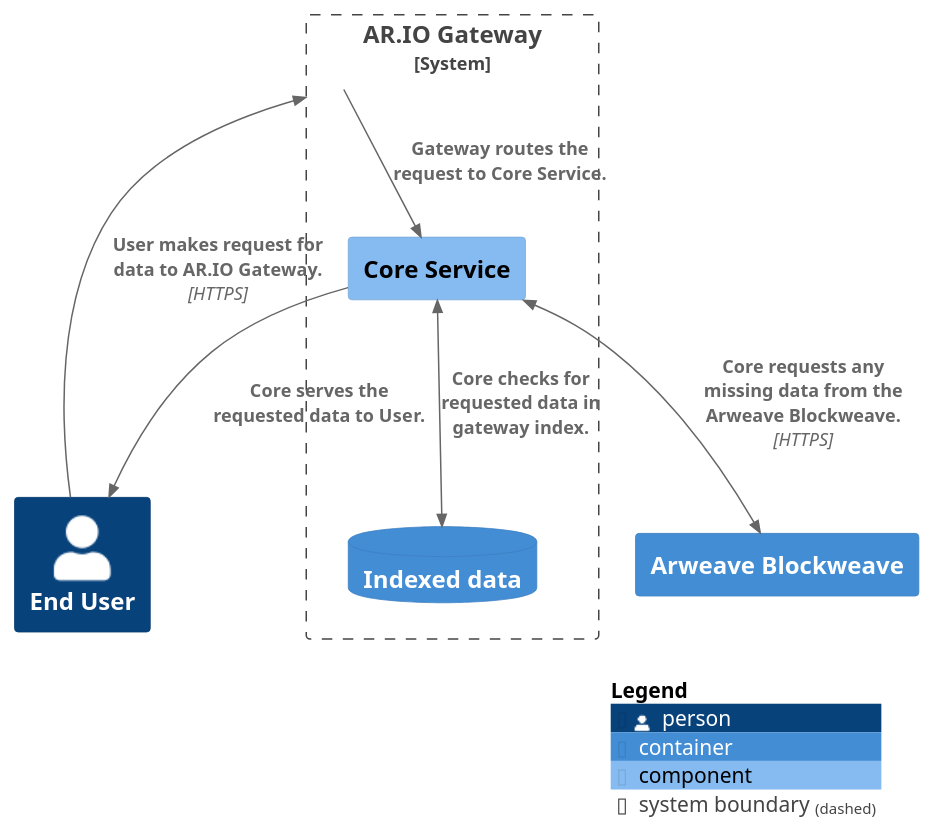
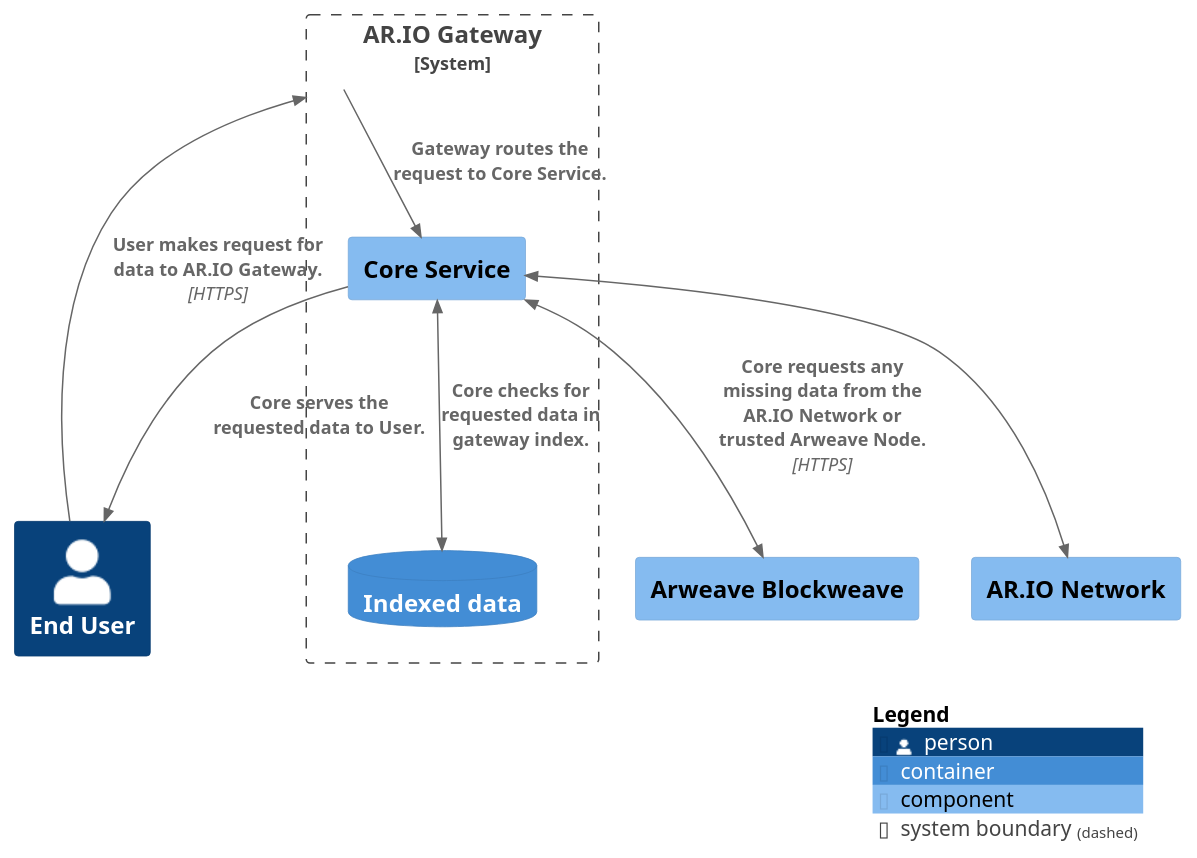
One commit to ar-io/ar-io-node changed the diagram in docs/diagrams/src/Data.puml. Above: the diagram before and after it, drawn with PlantUML. The commit also changed 2 other files, not shown here.

Commit message:
docs(diagrams): Updated diagrams based on feedback

```diff
--- a/docs/diagrams/src/Data.puml
+++ b/docs/diagrams/src/Data.puml
@@ -1,32 +1,34 @@
 @startuml Data_API
 
 
 !include ./C4_Context.puml
 !include ./C4_Container.puml
 !include ./C4_Component.puml
 
 ' Layout
 LAYOUT_TOP_DOWN()
 
 
 ' Define Elements
 
 Person(user, "End User")
-Container(arweave, "Arweave Blockweave")
+Component(arweave, "Arweave Blockweave")
 System_Boundary(gateway, "AR.IO Gateway"){ 
     Component(core, "Core Service")
     ContainerDb(index, "Indexed data")
     }
+Component(network, "AR.IO Network")
 
 
 ' Define Relationships
 Rel(user, gateway, "User makes request for data to AR.IO Gateway.", "HTTPS")
 Rel(gateway, core, "Gateway routes the request to Core Service.")
 BiRel(core, index, "Core checks for requested data in gateway index.")
-BiRel(core, arweave, "Core requests any missing data from the Arweave Blockweave.", "HTTPS")
+BiRel(core, network,"")
+BiRel(core, arweave, "Core requests any missing data from the AR.IO Network or trusted Arweave Node.", "HTTPS")
 Rel(core, user, "Core serves the requested data to User.")
 
 
 ' Legend
 SHOW_LEGEND()
 @enduml
```
